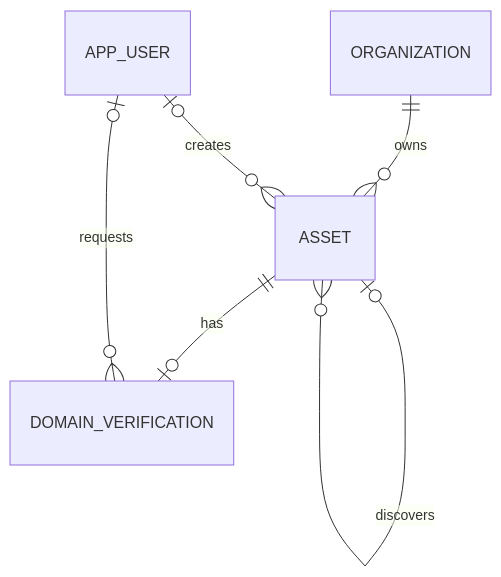
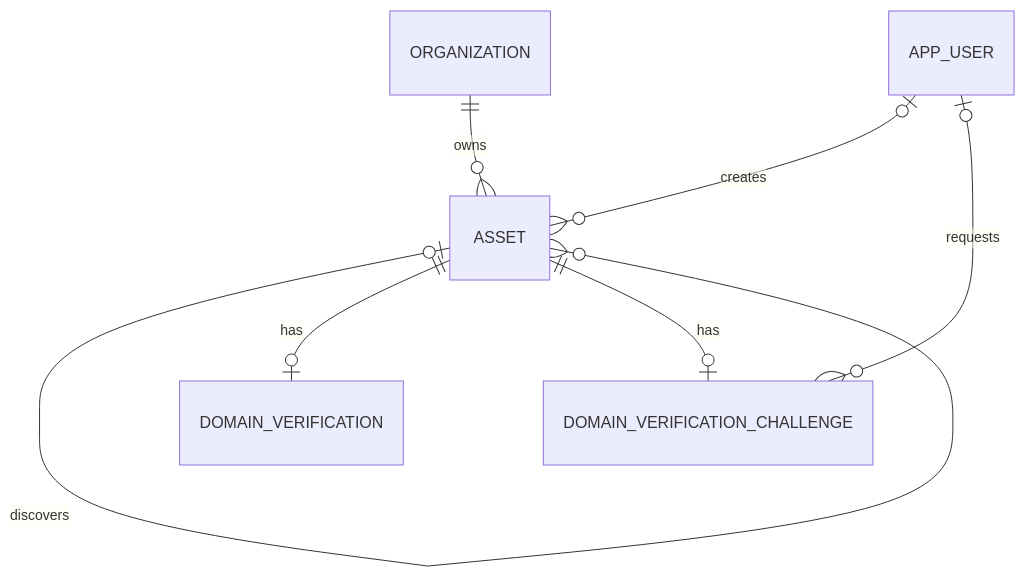
One commit to NC3-TestingPlatform/testing-platform-backend changed the second of 10 diagrams in docs/reference/data-model-v4_0_1.md. Above: the diagram before and after it, drawn with Mermaid. The commit also changed other lines of this file and 5 other files, not shown here.

Commit message:
feat(api): add verification challenge to verification data model to close reverification gaps

````diff
--- a/docs/reference/data-model-v4_0_1.md
+++ b/docs/reference/data-model-v4_0_1.md
@@ -259,8 +271,9 @@
 ```mermaid
 erDiagram
     ORGANIZATION ||--o{ ASSET: owns
     ASSET o|--o{ ASSET: discovers
     ASSET ||--o| DOMAIN_VERIFICATION: has
+    ASSET ||--o| DOMAIN_VERIFICATION_CHALLENGE: has
     APP_USER o|--o{ ASSET: creates
-    APP_USER o|--o{ DOMAIN_VERIFICATION: requests
+    APP_USER o|--o{ DOMAIN_VERIFICATION_CHALLENGE: requests
 ```
````
